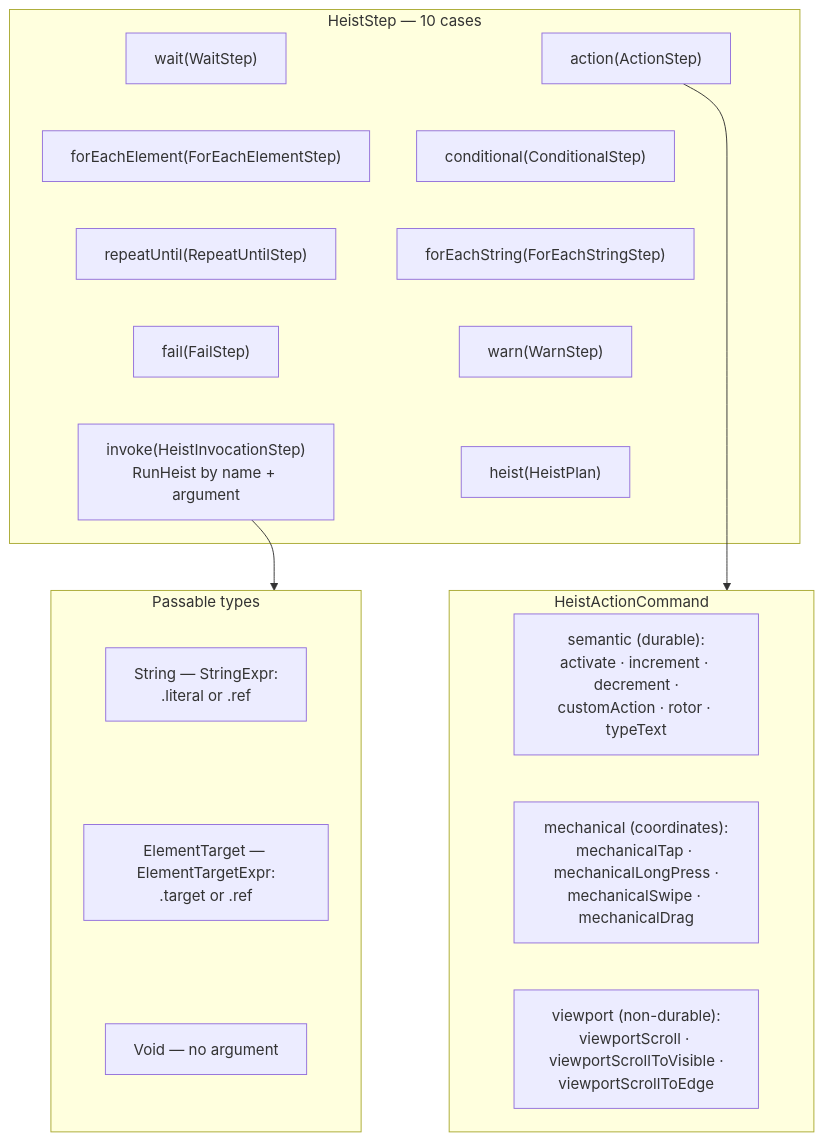
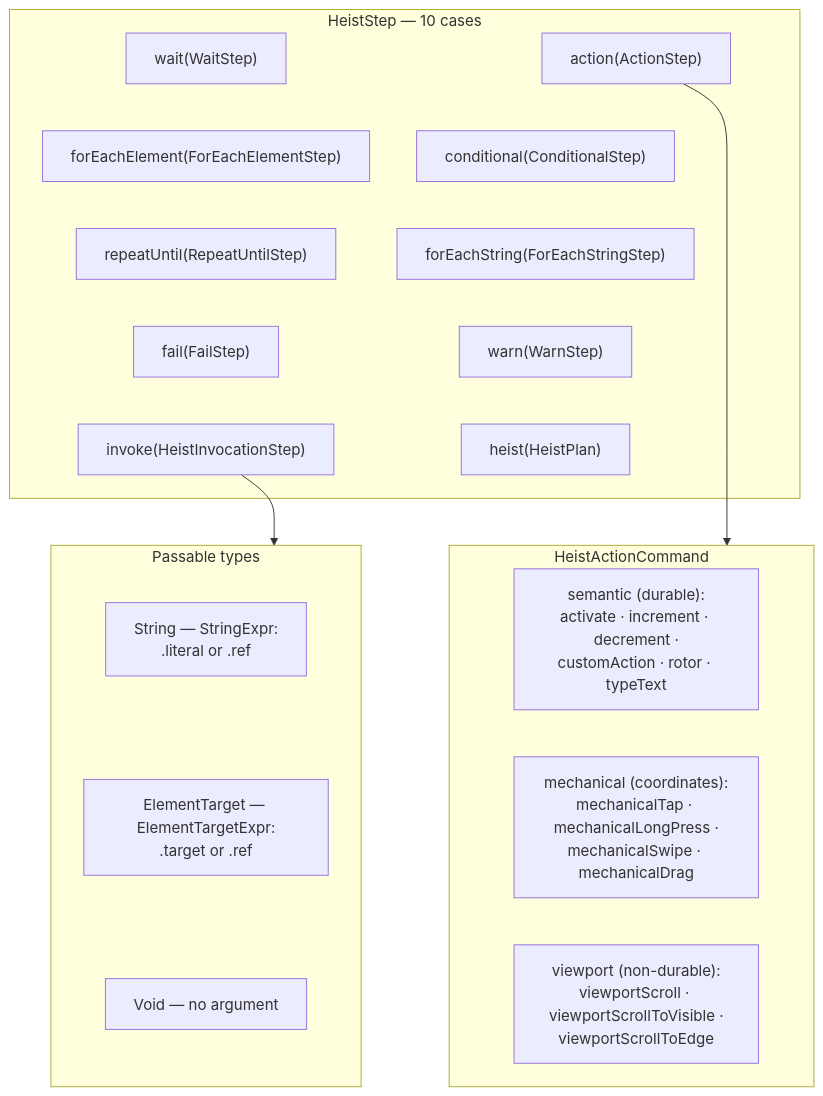
Before and after one commit to RoyalPineapple/TheButtonHeist: the first of 2 diagrams in docs/diagrams/dsl-grammar.md, drawn with Mermaid. The commit also changed other lines of this file and 5 other files, not shown here.

First line of the commit message:
Polish diagram layouts after visual render review

````diff
--- a/docs/diagrams/dsl-grammar.md
+++ b/docs/diagrams/dsl-grammar.md
@@ -8,44 +8,44 @@
 ```mermaid
 flowchart TD
     subgraph steps["HeistStep — 10 cases"]
         ACTION["action(ActionStep)"]
         WAIT["wait(WaitStep)"]
         COND["conditional(ConditionalStep)"]
         FEE["forEachElement(ForEachElementStep)"]
         FES["forEachString(ForEachStringStep)"]
         RU["repeatUntil(RepeatUntilStep)"]
         WARNS["warn(WarnStep)"]
         FAILS["fail(FailStep)"]
         NESTED["heist(HeistPlan)"]
-        INVOKE["invoke(HeistInvocationStep)<br/>RunHeist by name + argument"]
+        INVOKE["invoke(HeistInvocationStep)"]
         ACTION ~~~ COND
         COND ~~~ FES
         FES ~~~ WARNS
         WARNS ~~~ NESTED
         WAIT ~~~ FEE
         FEE ~~~ RU
         RU ~~~ FAILS
         FAILS ~~~ INVOKE
     end
 
     subgraph commands["HeistActionCommand"]
         SEMANTIC["semantic (durable):<br/>activate · increment · decrement ·<br/>customAction · rotor · typeText"]
         MECH["mechanical (coordinates):<br/>mechanicalTap · mechanicalLongPress ·<br/>mechanicalSwipe · mechanicalDrag"]
         VIEWPORT["viewport (non-durable):<br/>viewportScroll · viewportScrollToVisible ·<br/>viewportScrollToEdge"]
         SEMANTIC ~~~ MECH
         MECH ~~~ VIEWPORT
     end
 
     subgraph passables["Passable types"]
         PSTR["String — StringExpr:<br/>.literal or .ref"]
         PTGT["ElementTarget — ElementTargetExpr:<br/>.target or .ref"]
         PVOID["Void — no argument"]
         PSTR ~~~ PTGT
         PTGT ~~~ PVOID
     end
 
     NESTED ~~~ SEMANTIC
     INVOKE ~~~ PSTR
     ACTION --> commands
     INVOKE --> passables
 ```
````
